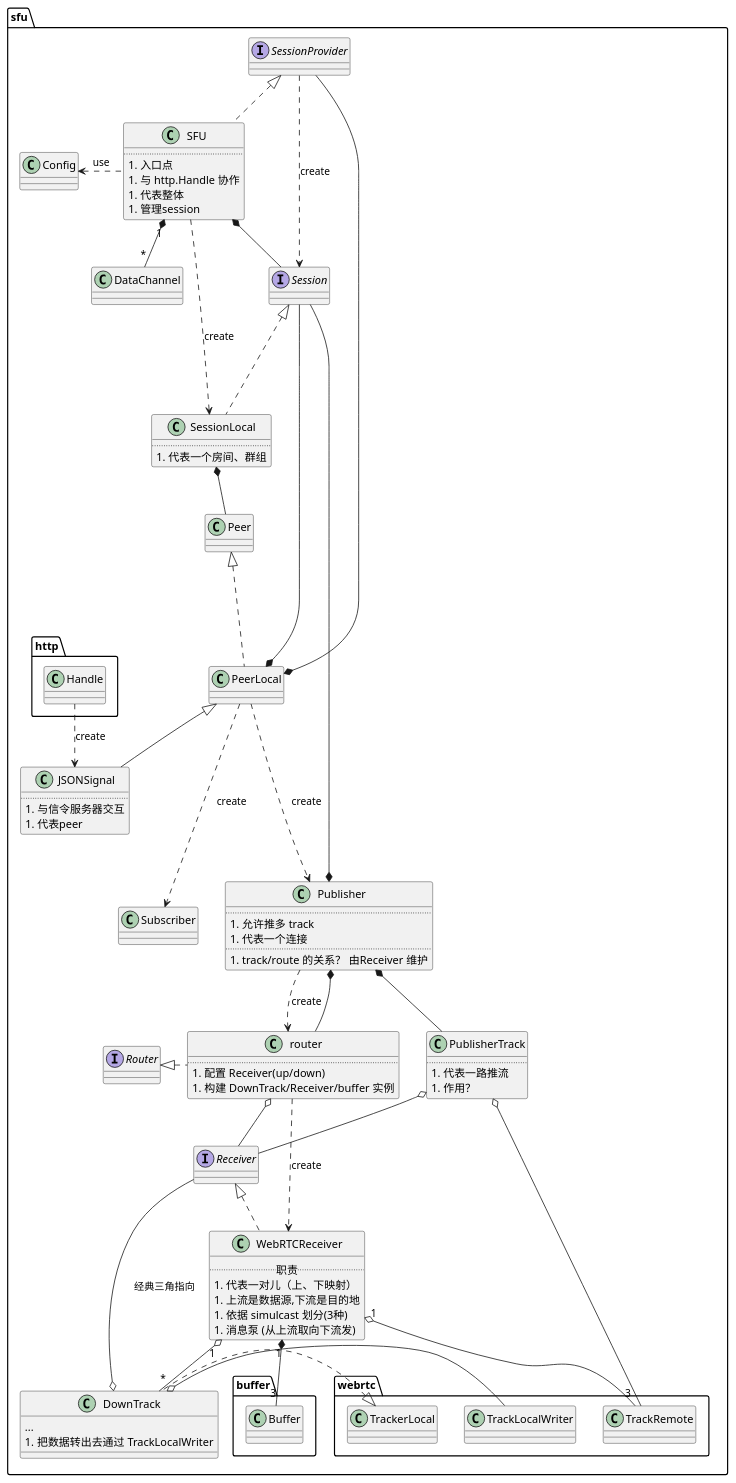
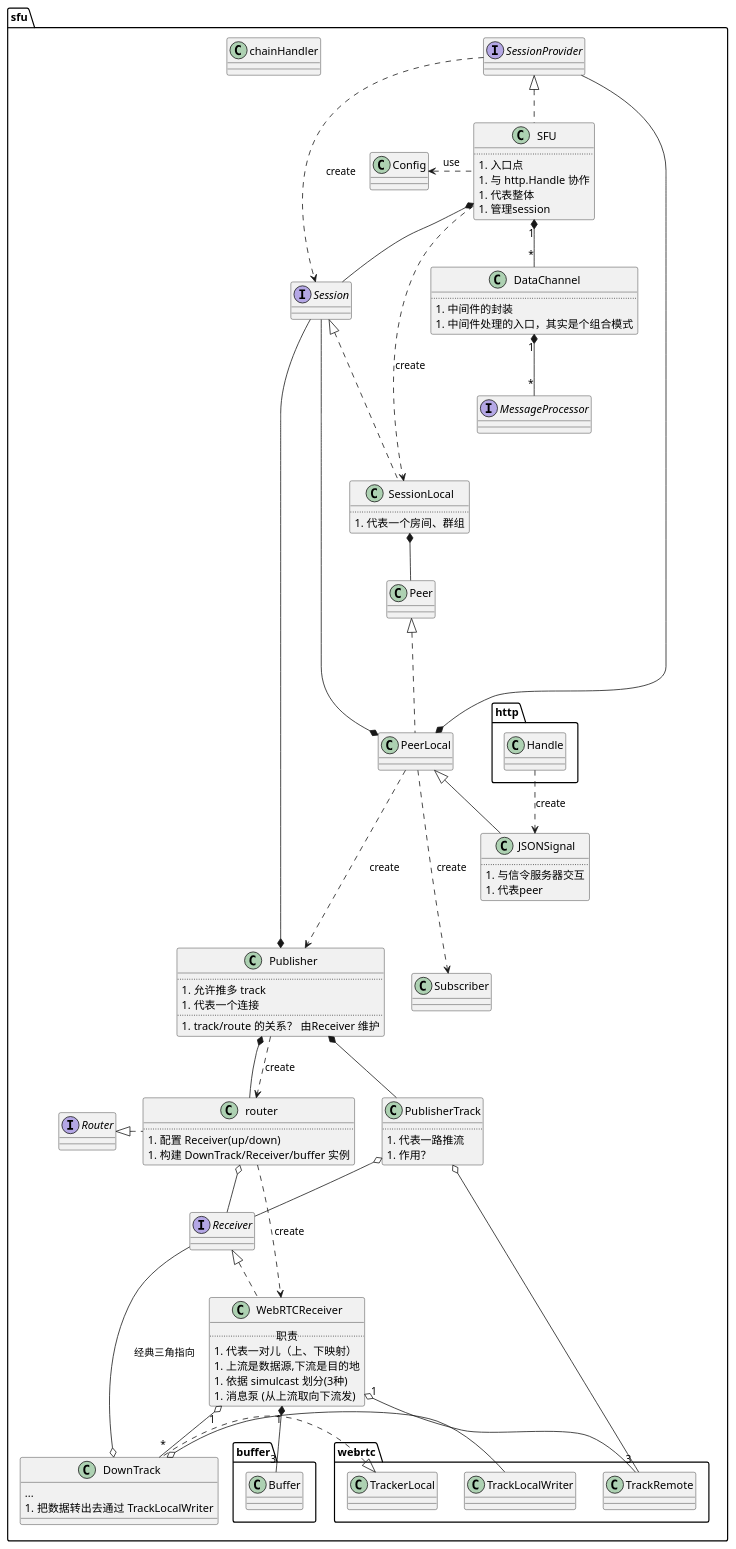
The diagram in pion/sfu.md (mingxin505/webrtcNote), drawn with PlantUML before and after one commit. The commit also changed 21 other files, not shown here.

```diff
--- a/pion/sfu.md
+++ b/pion/sfu.md
@@ -7,6 +7,14 @@
     interface Router
     interface Session
     interface SessionProvider
+    interface MessageProcessor
+    class chainHandler {}
+    class DataChannel {
+        ....
+        1. 中间件的封装
+        1. 中间件处理的入口，其实是个组合模式
+    }
+    DataChannel "1" *-- "*" MessageProcessor 
     class JSONSignal {
         ....
         1. 与信令服务器交互
@@ -51,6 +59,7 @@
         1. 代表整体
         1. 管理session
     }
+
     SFU .left.|> SessionProvider 
     SFU .left.> Config : use
     SessionProvider ...> Session : create
```
